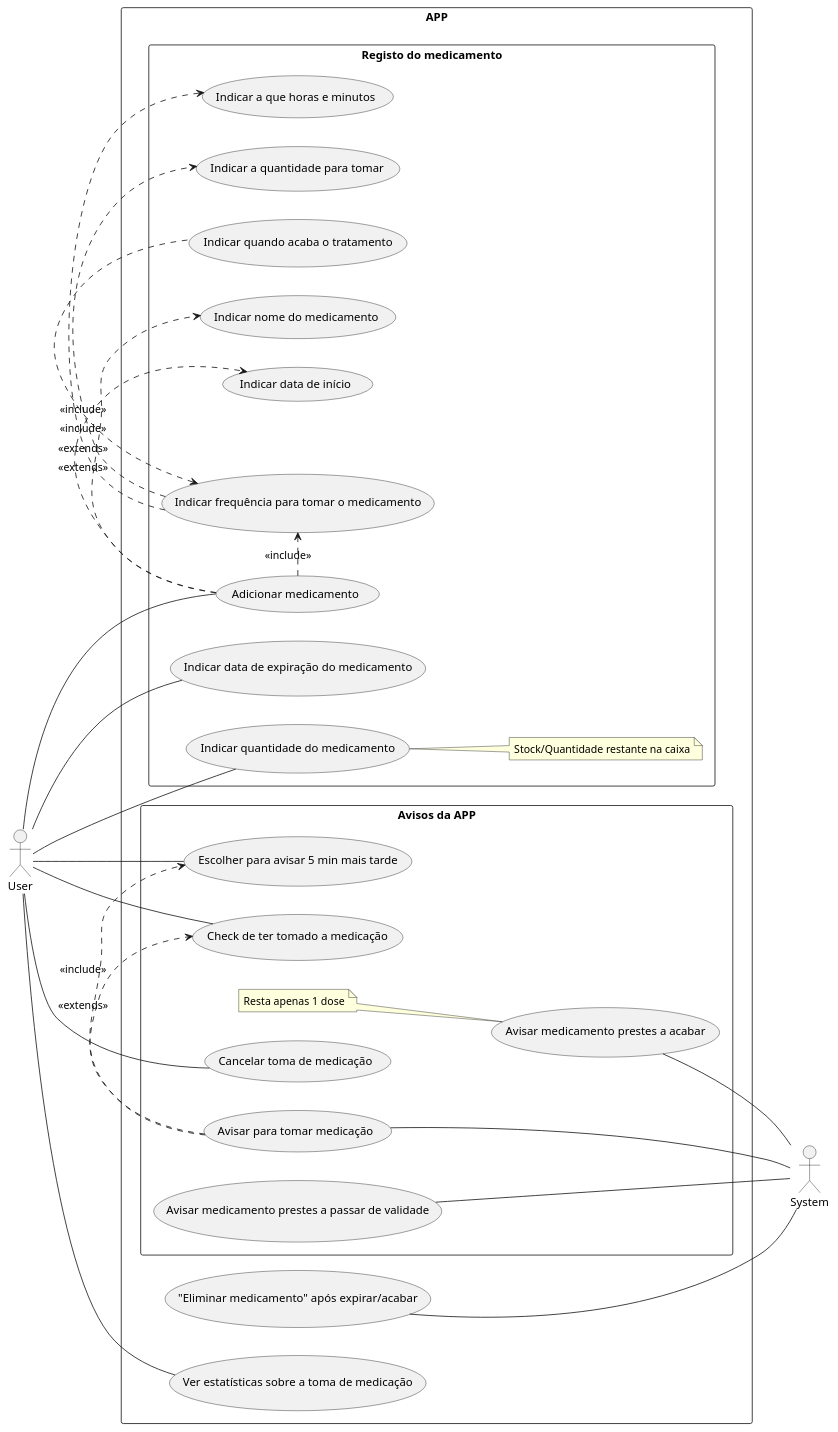
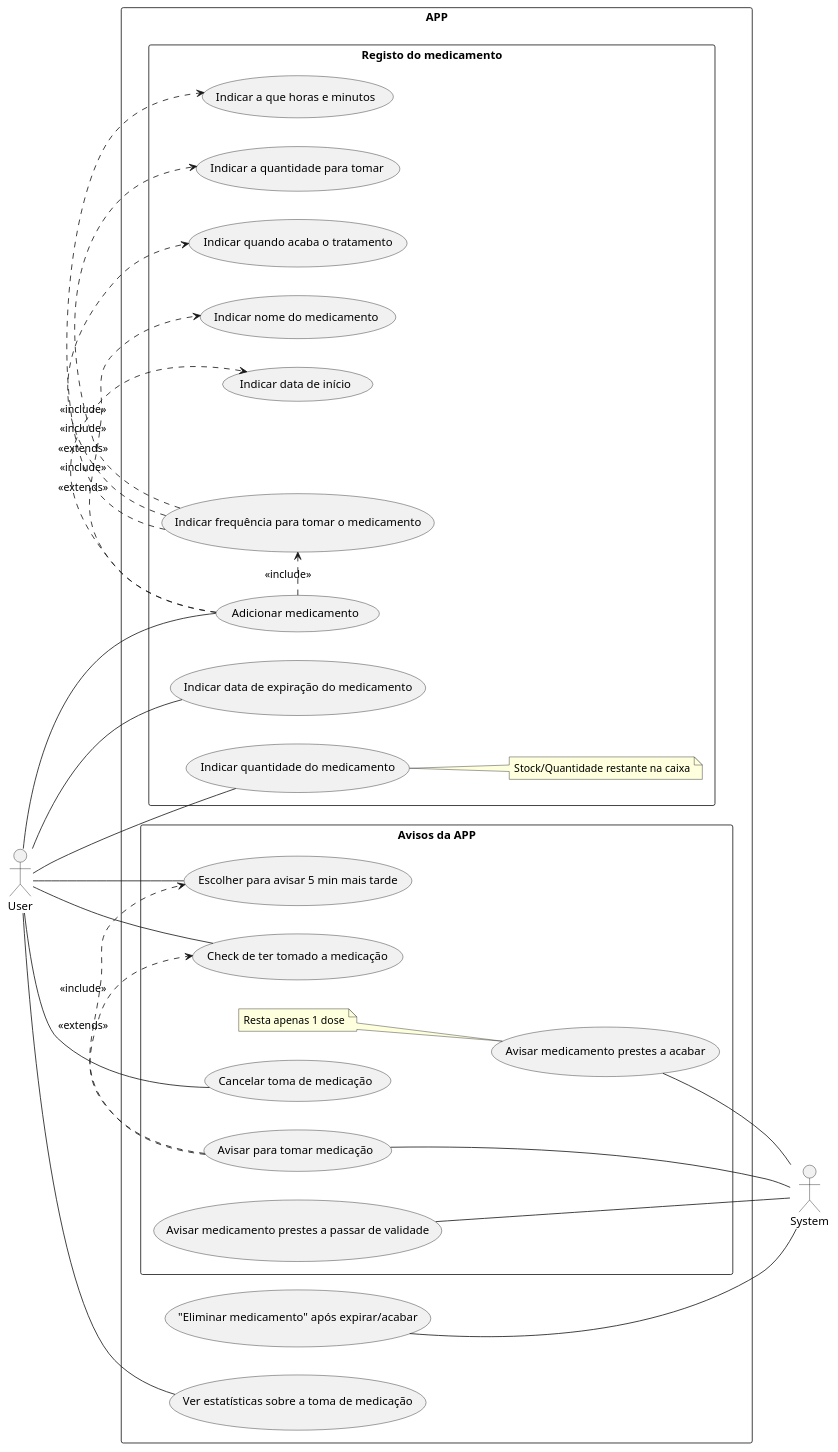
The diagram in usecase.wsd (YZ1GO/L.EIC017_ES_PRJ), drawn with PlantUML before and after one commit.

Commit message:
small changes in use case diagram

```diff
--- a/usecase.wsd
+++ b/usecase.wsd
@@ -1,39 +1,39 @@
 @startuml
 
 left to right direction
 
 actor User
 actor System
 rectangle "APP" {
     rectangle "Registo do medicamento" {
         User -- (Adicionar medicamento)
         (Adicionar medicamento) .> (Indicar nome do medicamento) : <<include>>
         (Adicionar medicamento) .> (Indicar frequência para tomar o medicamento) : <<include>>
         (Indicar frequência para tomar o medicamento) .> (Indicar a que horas e minutos) : <<extends>>
         (Indicar frequência para tomar o medicamento) .> (Indicar a quantidade para tomar) : <<extends>>
-        (Indicar frequência para tomar o medicamento) <. (Indicar quando acaba o tratamento)
+        (Indicar frequência para tomar o medicamento) .> (Indicar quando acaba o tratamento) : <<include>>
         (Adicionar medicamento) .> (Indicar data de início) : <<include>>
         User -- (Indicar data de expiração do medicamento)
         User -- (Indicar quantidade do medicamento)
         note right of (Indicar quantidade do medicamento): Stock/Quantidade restante na caixa
     }
 
     rectangle "Avisos da APP" {
         (Avisar para tomar medicação) -- System
         User -- (Escolher para avisar 5 min mais tarde)
         (Avisar para tomar medicação) .> (Escolher para avisar 5 min mais tarde) : <<include>>
         User -- (Check de ter tomado a medicação)
         (Avisar para tomar medicação) .> (Check de ter tomado a medicação) : <<extends>>
         User -- (Cancelar toma de medicação)
         (Avisar medicamento prestes a passar de validade) -- System
         (Avisar medicamento prestes a acabar) -- System
         note left of (Avisar medicamento prestes a acabar) : Resta apenas 1 dose
     }
     
     ("Eliminar medicamento" após expirar/acabar) -- System
 
     User -- (Ver estatísticas sobre a toma de medicação)
 
 }
 
 @enduml
```
